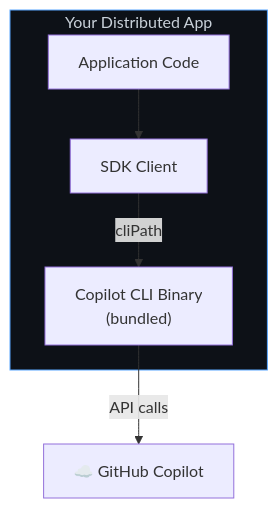
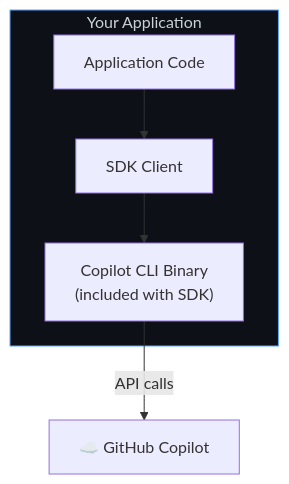
The first of 2 diagrams in docs/setup/bundled-cli.md (github/copilot-sdk), drawn with Mermaid before and after one commit. The commit also changed other lines of this file and 4 other files, not shown here.

First line of the commit message:
Docs: clarify Copilot CLI is bundled with SDKs and update installatio… (#988)

````diff
--- a/docs/setup/bundled-cli.md
+++ b/docs/setup/bundled-cli.md
@@ -11,14 +11,14 @@
 ```mermaid
 flowchart TB
-    subgraph Bundle["Your Distributed App"]
+    subgraph Bundle["Your Application"]
         App["Application Code"]
         SDK["SDK Client"]
-        CLIBin["Copilot CLI Binary<br/>(bundled)"]
+        CLIBin["Copilot CLI Binary<br/>(included with SDK)"]
     end
 
     App --> SDK
-    SDK -- "cliPath" --> CLIBin
+    SDK --> CLIBin
     CLIBin -- "API calls" --> Copilot["☁️ GitHub Copilot"]
 
     style Bundle fill:#0d1117,stroke:#58a6ff,color:#c9d1d9
 ```
````
